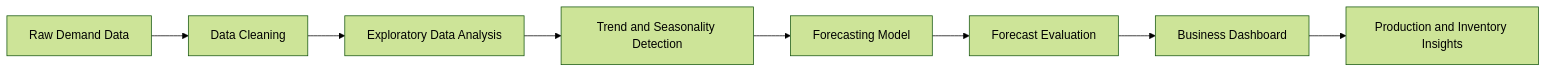
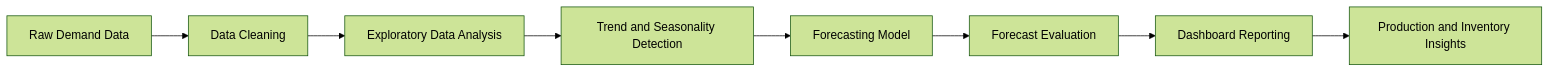
One commit to hany69x/YAZAKI changed the first of 5 diagrams in README.md. Above: the diagram before and after it, drawn with Mermaid (forest theme). The commit also changed other lines of this file, not shown here.

````diff
--- a/README.md
+++ b/README.md
@@ -39,10 +69,10 @@
 ```mermaid
 flowchart LR
     A[Raw Demand Data] --> B[Data Cleaning]
     B --> C[Exploratory Data Analysis]
     C --> D[Trend and Seasonality Detection]
     D --> E[Forecasting Model]
     E --> F[Forecast Evaluation]
-    F --> G[Business Dashboard]
+    F --> G[Dashboard Reporting]
     G --> H[Production and Inventory Insights]
 ```
````
